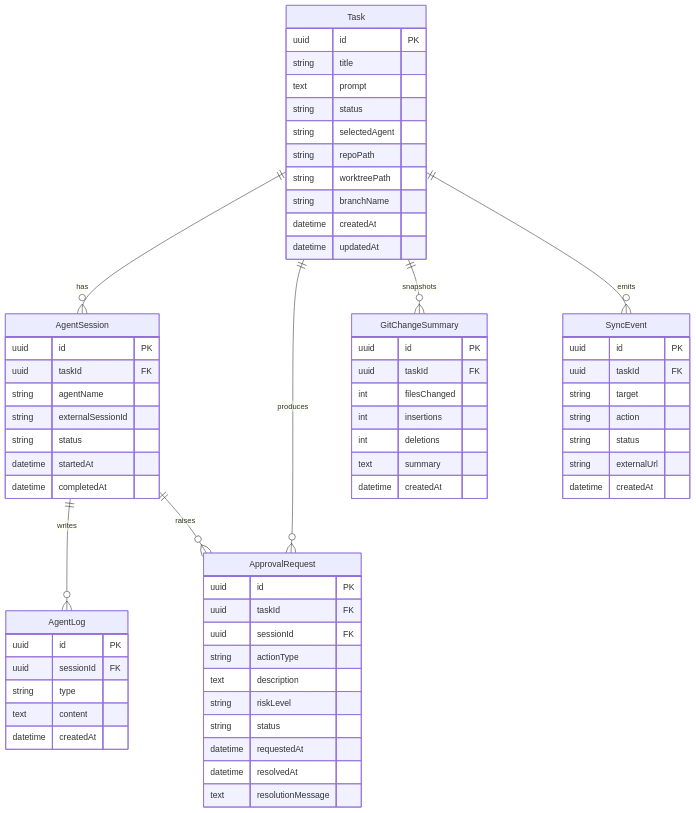
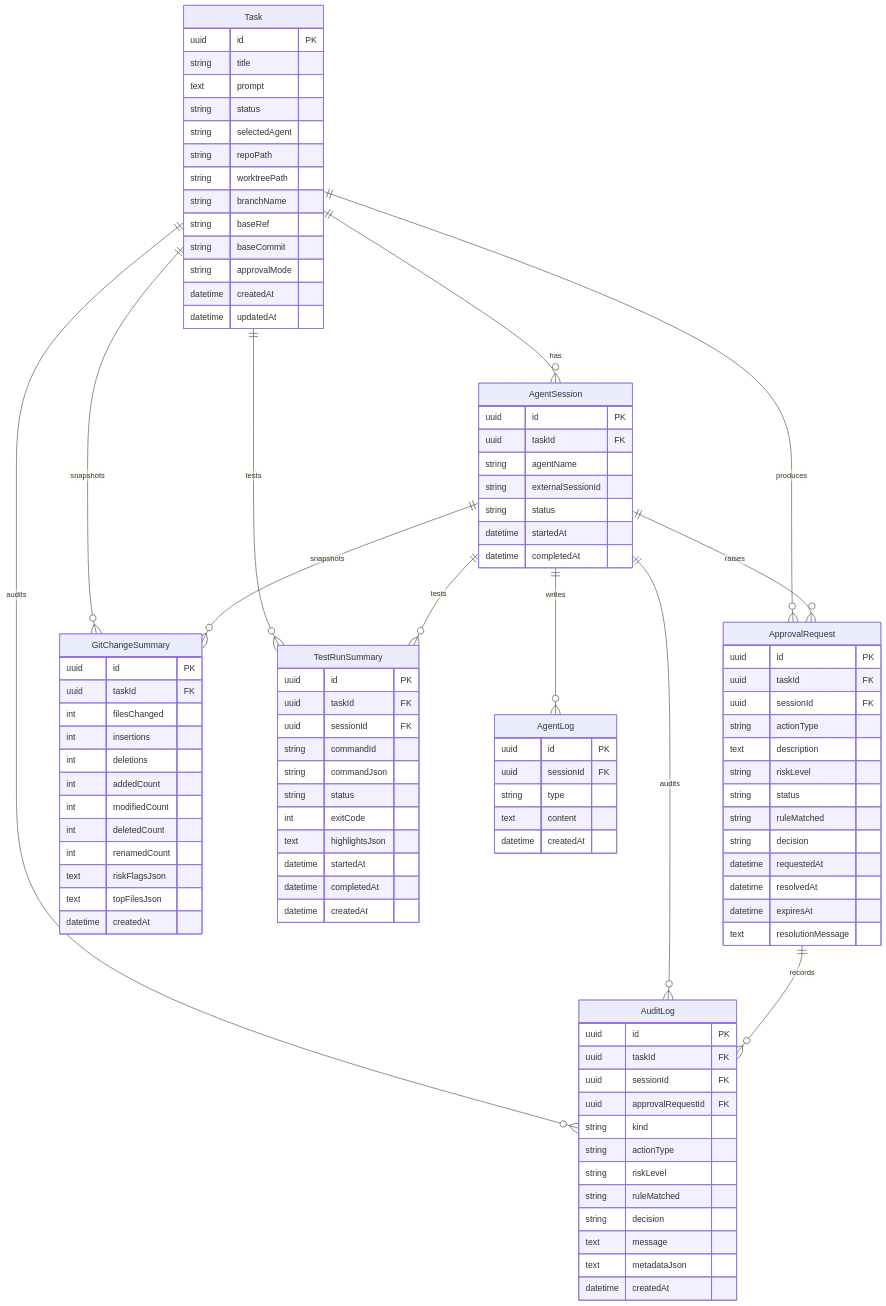
The fourth of 7 diagrams in docs/diagrams.md (mjshuff23/agents-with-remote-control-mobile-controller), drawn with Mermaid before and after one commit. The commit also changed other lines of this file and 62 other files, not shown here.

````diff
--- a/docs/diagrams.md
+++ b/docs/diagrams.md
@@ -143,9 +142,14 @@
   Task ||--o{ AgentSession : "has"
   Task ||--o{ ApprovalRequest : "produces"
   Task ||--o{ GitChangeSummary : "snapshots"
-  Task ||--o{ SyncEvent : "emits"
+  Task ||--o{ AuditLog : "audits"
+  Task ||--o{ TestRunSummary : "tests"
   AgentSession ||--o{ AgentLog : "writes"
   AgentSession ||--o{ ApprovalRequest : "raises"
+  AgentSession ||--o{ AuditLog : "audits"
+  AgentSession ||--o{ GitChangeSummary : "snapshots"
+  AgentSession ||--o{ TestRunSummary : "tests"
+  ApprovalRequest ||--o{ AuditLog : "records"
 
   Task {
     uuid id PK
@@ -156,6 +160,9 @@
     string repoPath
     string worktreePath
     string branchName
+    string baseRef
+    string baseCommit
+    string approvalMode
     datetime createdAt
     datetime updatedAt
   }
@@ -186,9 +193,27 @@
     text description
     string riskLevel
     string status
+    string ruleMatched
+    string decision
     datetime requestedAt
     datetime resolvedAt
+    datetime expiresAt
     text resolutionMessage
+  }
+
+  AuditLog {
+    uuid id PK
+    uuid taskId FK
+    uuid sessionId FK
+    uuid approvalRequestId FK
+    string kind
+    string actionType
+    string riskLevel
+    string ruleMatched
+    string decision
+    text message
+    text metadataJson
+    datetime createdAt
   }
 
   GitChangeSummary {
@@ -197,17 +222,26 @@
     int filesChanged
     int insertions
     int deletions
-    text summary
+    int addedCount
+    int modifiedCount
+    int deletedCount
+    int renamedCount
+    text riskFlagsJson
+    text topFilesJson
     datetime createdAt
   }
 
-  SyncEvent {
+  TestRunSummary {
     uuid id PK
     uuid taskId FK
-    string target
-    string action
+    uuid sessionId FK
+    string commandId
+    string commandJson
     string status
-    string externalUrl
+    int exitCode
+    text highlightsJson
+    datetime startedAt
+    datetime completedAt
     datetime createdAt
   }
 ```
````
